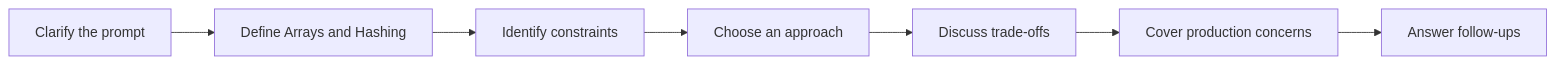
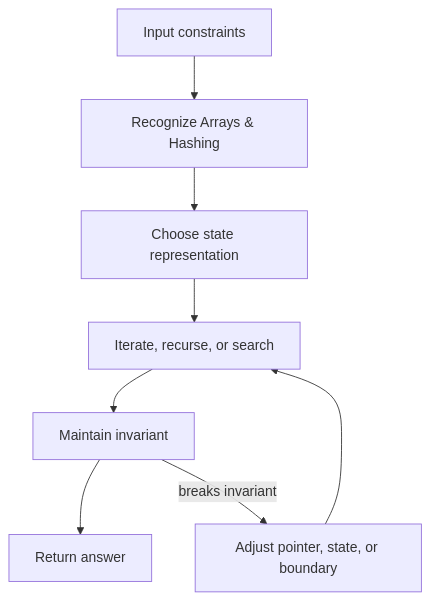
One commit to abstractinterviews/abstractinterviews.github.io changed the diagram in data-structures/arrays-hashing/index.md. Above: the diagram before and after it, drawn with Mermaid. The commit also changed other lines of this file and 278 other files, not shown here.

````diff
--- a/data-structures/arrays-hashing/index.md
+++ b/data-structures/arrays-hashing/index.md
@@ -130,9 +289,10 @@
-~~~mermaid
-flowchart LR
-    A["Clarify the prompt"] --> B["Define Arrays and Hashing"]
-    B --> C["Identify constraints"]
-    C --> D["Choose an approach"]
-    D --> E["Discuss trade-offs"]
-    E --> F["Cover production concerns"]
-    F --> G["Answer follow-ups"]
-~~~
+```mermaid
+flowchart TD
+    Input["Input constraints"] --> Pattern["Recognize Arrays & Hashing"]
+    Pattern --> State["Choose state representation"]
+    State --> Iterate["Iterate, recurse, or search"]
+    Iterate --> Check["Maintain invariant"]
+    Check --> Result["Return answer"]
+    Check -->|breaks invariant| Fix["Adjust pointer, state, or boundary"]
+    Fix --> Iterate
+```
````
